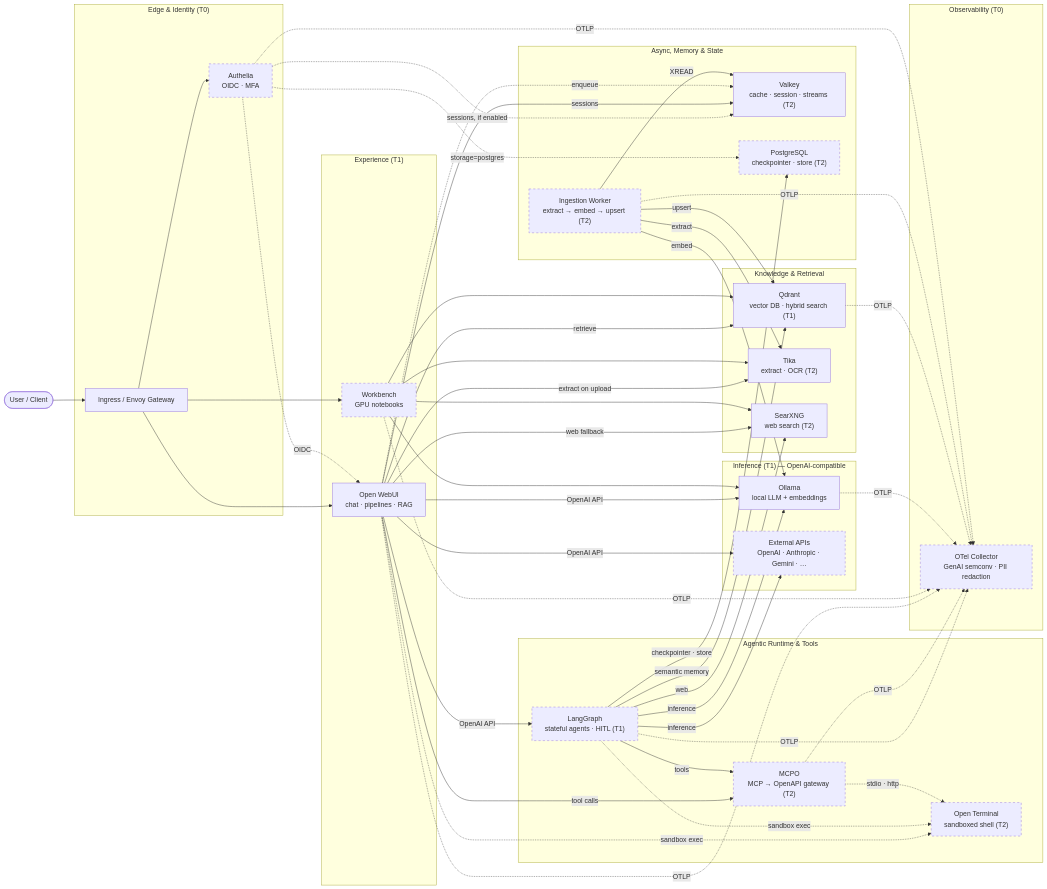
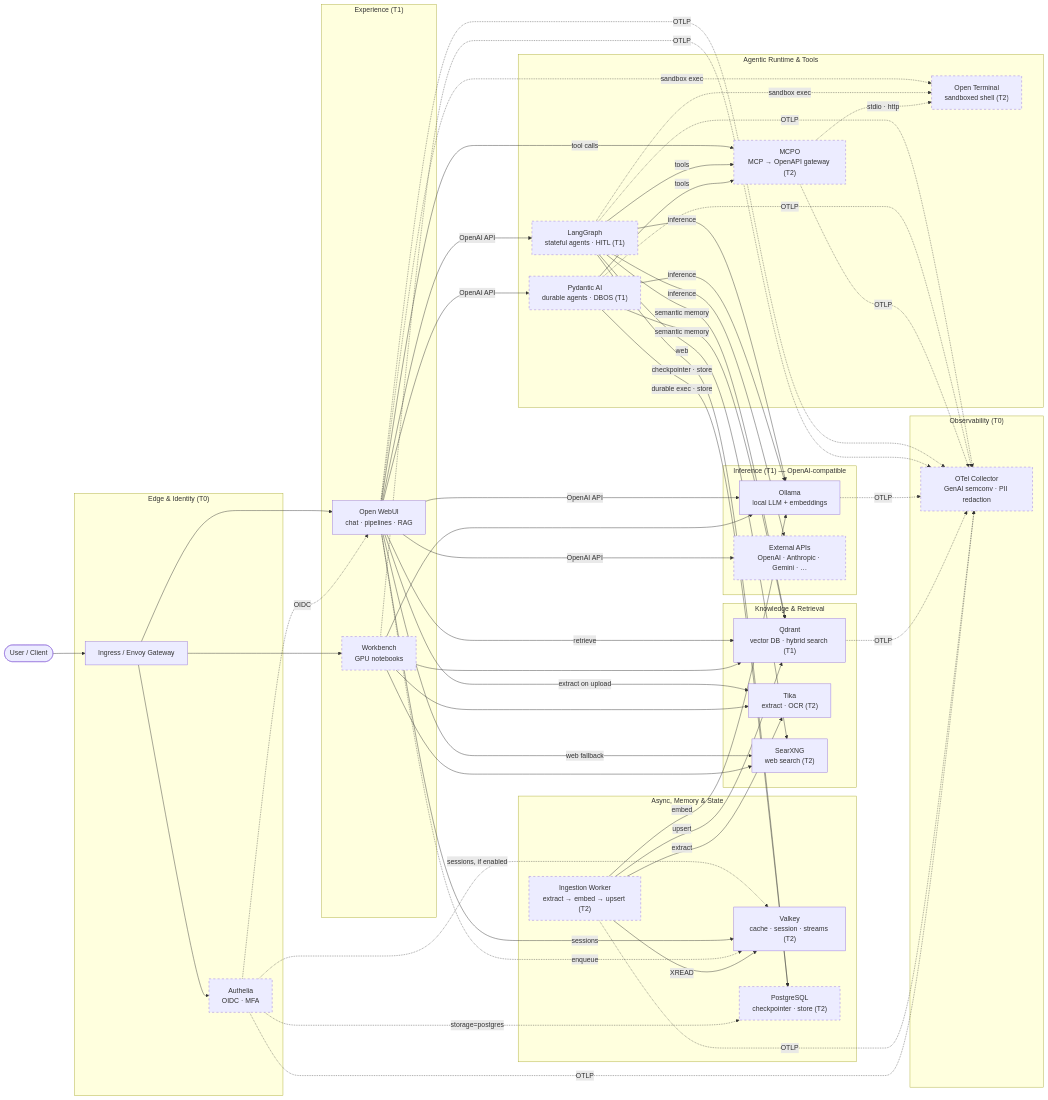
One commit to rmednitzer/ai-stack changed the diagram in README.md. Above: the diagram before and after it, drawn with Mermaid. The commit also changed other lines of this file and 15 other files, not shown here.

First line of the commit message:
docs: polish for v2.4.0 — Pydantic AI / Gateway API coverage, ADRs, fix broken links (#113)

````diff
--- a/README.md
+++ b/README.md
@@ -69,6 +69,7 @@
 
   subgraph Agentic["Agentic Runtime & Tools"]
     LangGraph["LangGraph<br/>stateful agents · HITL (T1)"]
+    PydanticAI["Pydantic AI<br/>durable agents · DBOS (T1)"]
     MCPO["MCPO<br/>MCP → OpenAPI gateway (T2)"]
     OpenTerminal["Open Terminal<br/>sandboxed shell (T2)"]
   end
@@ -95,6 +96,7 @@
   OpenWebUI -->|OpenAI API| Ollama
   OpenWebUI -->|OpenAI API| ExternalAPIs
   OpenWebUI -->|OpenAI API| LangGraph
+  OpenWebUI -->|OpenAI API| PydanticAI
   OpenWebUI -->|retrieve| Qdrant
   OpenWebUI -->|extract on upload| Tika
   OpenWebUI -->|web fallback| SearXNG
@@ -116,6 +118,12 @@
   LangGraph -->|checkpointer · store| Postgres
   LangGraph -.->|sandbox exec| OpenTerminal
 
+  %% Pydantic AI — MIT alternative runtime (same contracts as LangGraph)
+  PydanticAI -->|inference| Ollama
+  PydanticAI -->|semantic memory| Qdrant
+  PydanticAI -->|tools| MCPO
+  PydanticAI -->|durable exec · store| Postgres
+
   %% Async ingestion (non-blocking)
   OpenWebUI -.->|enqueue| Valkey
   IngestionWorker -->|XREAD| Valkey
@@ -130,6 +138,7 @@
   OpenWebUI -.->|OTLP| OTel
   Workbench -.->|OTLP| OTel
   LangGraph -.->|OTLP| OTel
+  PydanticAI -.->|OTLP| OTel
   MCPO -.->|OTLP| OTel
   Ollama -.->|OTLP| OTel
   Qdrant -.->|OTLP| OTel
@@ -137,5 +146,5 @@
   Authelia -.->|OTLP| OTel
 
   classDef optIn stroke-dasharray: 5 5
-  class Authelia,Workbench,LangGraph,MCPO,OpenTerminal,IngestionWorker,Postgres,ExternalAPIs,OTel optIn
+  class Authelia,Workbench,LangGraph,PydanticAI,MCPO,OpenTerminal,IngestionWorker,Postgres,ExternalAPIs,OTel optIn
 ```
````
